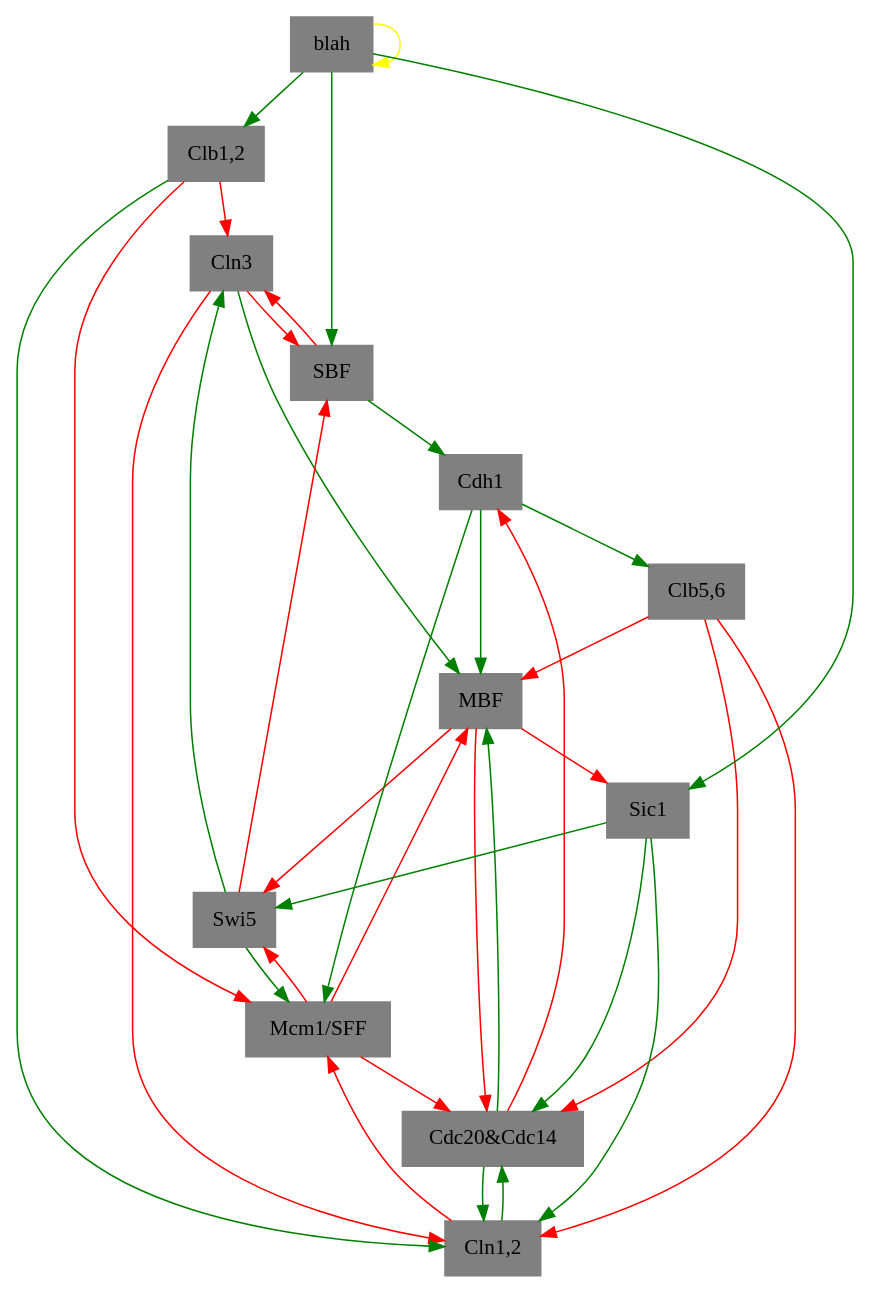
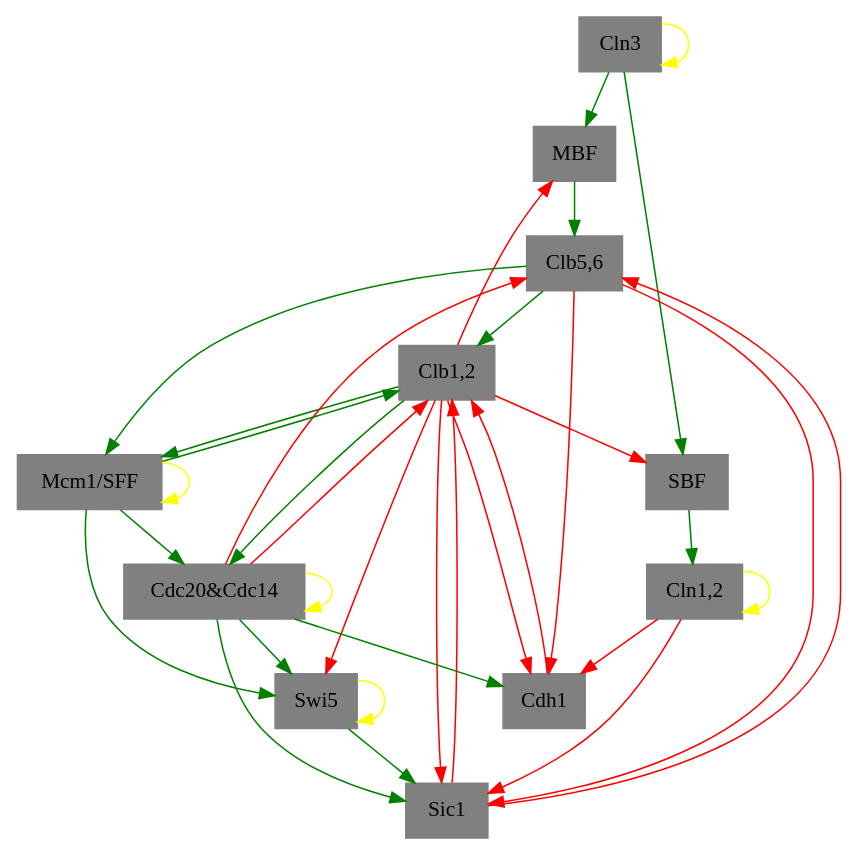
Before and after one commit to ellaqezi/cellCycle: the diagram in graph.gv, drawn with Graphviz. The commit also changed 7 other files, not shown here.

```diff
--- a/graph.gv
+++ b/graph.gv
@@ -1,71 +1,70 @@
-digraph 000000000000  {
+digraph 00000000000  {
 "Cln3" [shape=box, color=gray, style=filled];
-	edge [color=green]; 
-	"Swi5" -> "Cln3";
-	edge [color=red]; 
-	"Clb1,2" -> "Cln3";
-	"SBF" -> "Cln3";
+	edge [color=yellow]; 
+	"Cln3" -> "Cln3";
 "MBF" [shape=box, color=gray, style=filled];
 	edge [color=green]; 
-	"Cdc20&Cdc14" -> "MBF";
-	"Cdh1" -> "MBF";
 	"Cln3" -> "MBF";
 	edge [color=red]; 
-	"Clb5,6" -> "MBF";
-	"Mcm1/SFF" -> "MBF";
+	"Clb1,2" -> "MBF";
 "SBF" [shape=box, color=gray, style=filled];
 	edge [color=green]; 
-	"blah" -> "SBF";
+	"Cln3" -> "SBF";
 	edge [color=red]; 
-	"Cln3" -> "SBF";
-	"Swi5" -> "SBF";
+	"Clb1,2" -> "SBF";
 "Cln1,2" [shape=box, color=gray, style=filled];
+	edge [color=yellow]; 
+	"Cln1,2" -> "Cln1,2";
 	edge [color=green]; 
-	"Cdc20&Cdc14" -> "Cln1,2";
-	"Clb1,2" -> "Cln1,2";
-	"Sic1" -> "Cln1,2";
-	edge [color=red]; 
-	"Clb5,6" -> "Cln1,2";
-	"Cln3" -> "Cln1,2";
+	"SBF" -> "Cln1,2";
 "Cdh1" [shape=box, color=gray, style=filled];
 	edge [color=green]; 
-	"SBF" -> "Cdh1";
+	"Cdc20&Cdc14" -> "Cdh1";
 	edge [color=red]; 
-	"Cdc20&Cdc14" -> "Cdh1";
+	"Clb1,2" -> "Cdh1";
+	"Clb5,6" -> "Cdh1";
+	"Cln1,2" -> "Cdh1";
 "Swi5" [shape=box, color=gray, style=filled];
+	edge [color=yellow]; 
+	"Swi5" -> "Swi5";
 	edge [color=green]; 
-	"Sic1" -> "Swi5";
+	"Cdc20&Cdc14" -> "Swi5";
+	"Mcm1/SFF" -> "Swi5";
 	edge [color=red]; 
-	"MBF" -> "Swi5";
-	"Mcm1/SFF" -> "Swi5";
+	"Clb1,2" -> "Swi5";
 "Cdc20&Cdc14" [shape=box, color=gray, style=filled];
+	edge [color=yellow]; 
+	"Cdc20&Cdc14" -> "Cdc20&Cdc14";
 	edge [color=green]; 
-	"Cln1,2" -> "Cdc20&Cdc14";
-	"Sic1" -> "Cdc20&Cdc14";
-	edge [color=red]; 
-	"Clb5,6" -> "Cdc20&Cdc14";
-	"MBF" -> "Cdc20&Cdc14";
+	"Clb1,2" -> "Cdc20&Cdc14";
 	"Mcm1/SFF" -> "Cdc20&Cdc14";
 "Clb5,6" [shape=box, color=gray, style=filled];
 	edge [color=green]; 
-	"Cdh1" -> "Clb5,6";
+	"MBF" -> "Clb5,6";
+	edge [color=red]; 
+	"Cdc20&Cdc14" -> "Clb5,6";
+	"Sic1" -> "Clb5,6";
 "Sic1" [shape=box, color=gray, style=filled];
 	edge [color=green]; 
-	"blah" -> "Sic1";
+	"Cdc20&Cdc14" -> "Sic1";
+	"Swi5" -> "Sic1";
 	edge [color=red]; 
-	"MBF" -> "Sic1";
+	"Clb1,2" -> "Sic1";
+	"Clb5,6" -> "Sic1";
+	"Cln1,2" -> "Sic1";
 "Clb1,2" [shape=box, color=gray, style=filled];
 	edge [color=green]; 
-	"blah" -> "Clb1,2";
+	"Clb5,6" -> "Clb1,2";
+	"Mcm1/SFF" -> "Clb1,2";
+	edge [color=red]; 
+	"Cdc20&Cdc14" -> "Clb1,2";
+	"Cdh1" -> "Clb1,2";
+	"Sic1" -> "Clb1,2";
 "Mcm1/SFF" [shape=box, color=gray, style=filled];
+	edge [color=yellow]; 
+	"Mcm1/SFF" -> "Mcm1/SFF";
 	edge [color=green]; 
-	"Cdh1" -> "Mcm1/SFF";
-	"Swi5" -> "Mcm1/SFF";
-	edge [color=red]; 
 	"Clb1,2" -> "Mcm1/SFF";
-	"Cln1,2" -> "Mcm1/SFF";
-"blah" [shape=box, color=gray, style=filled];
-	edge [color=yellow]; 
-	"blah" -> "blah";
+	"Clb5,6" -> "Mcm1/SFF";
 
 }
```
